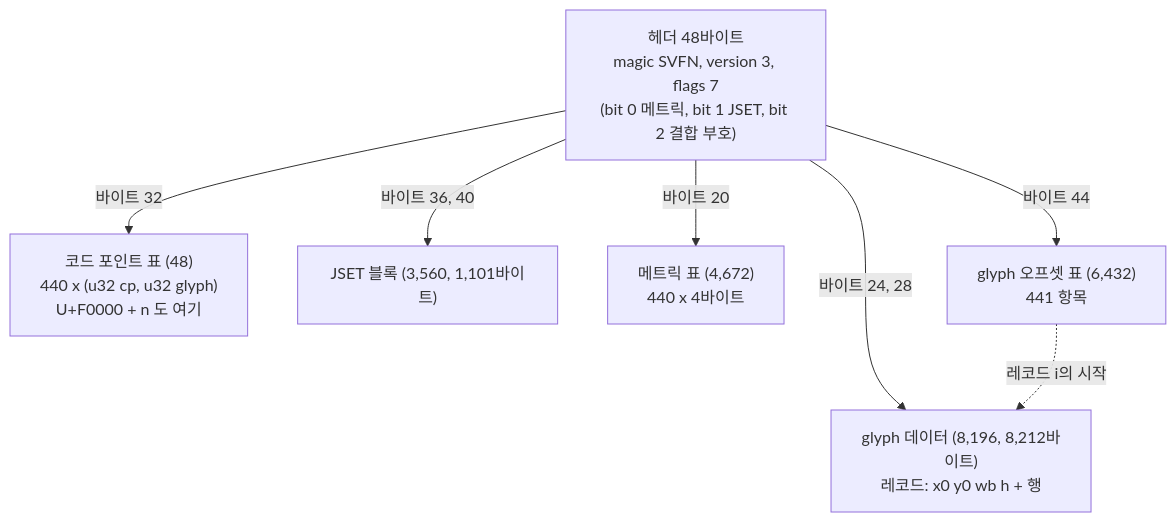
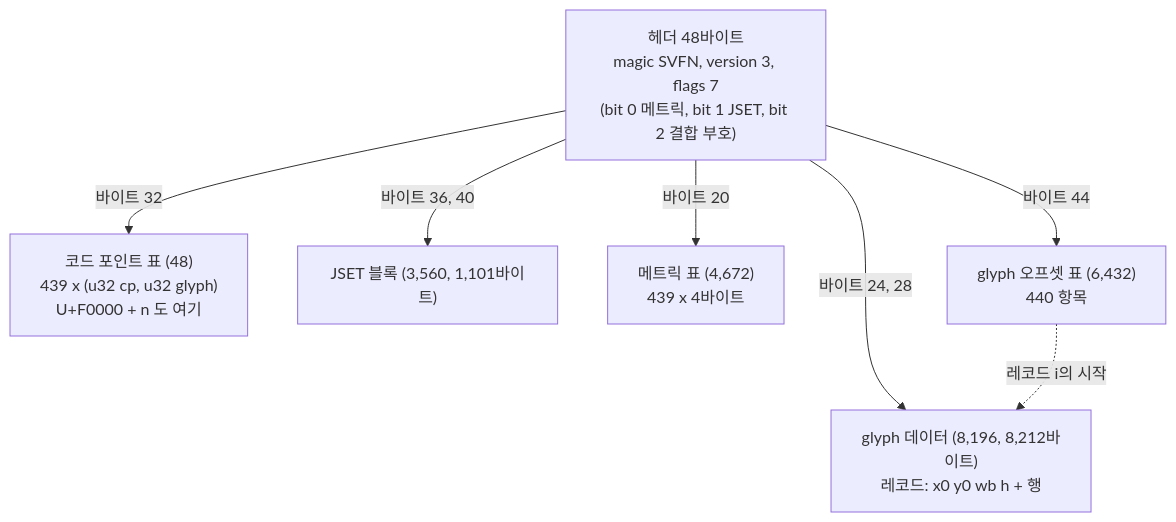
One commit to TaehyunKimLL/svf-fonts-open changed diagram 13 of 27 in docs/jamo-sets.ko.md. Above: the diagram before and after it, drawn with Mermaid. The commit also changed other lines of this file and 10 other files, not shown here.

Commit message:
docs/jamo-sets: 삼보/KSSM 상용 조합형 and KS C 5601-1987 (행정전산망) history with a timeline and sources; README front-page document index incl. recipes; tests and NOTICE updated for svf/iolo/SANS8J (117 faces, 67 jamo) (GPT-SOL, t_9de1eebd)

````diff
--- a/docs/jamo-sets.ko.md
+++ b/docs/jamo-sets.ko.md
@@ -531,10 +548,10 @@
 ```mermaid
 flowchart TD
   H["헤더 48바이트<br/>magic SVFN, version 3, flags 7<br/>(bit 0 메트릭, bit 1 JSET, bit 2 결합 부호)"]
-  H -->|"바이트 32"| C["코드 포인트 표 (48)<br/>440 x (u32 cp, u32 glyph)<br/>U+F0000 + n 도 여기"]
+  H -->|"바이트 32"| C["코드 포인트 표 (48)<br/>439 x (u32 cp, u32 glyph)<br/>U+F0000 + n 도 여기"]
   H -->|"바이트 36, 40"| J["JSET 블록 (3,560, 1,101바이트)"]
-  H -->|"바이트 20"| M["메트릭 표 (4,672)<br/>440 x 4바이트"]
-  H -->|"바이트 44"| O["glyph 오프셋 표 (6,432)<br/>441 항목"]
+  H -->|"바이트 20"| M["메트릭 표 (4,672)<br/>439 x 4바이트"]
+  H -->|"바이트 44"| O["glyph 오프셋 표 (6,432)<br/>440 항목"]
   H -->|"바이트 24, 28"| D["glyph 데이터 (8,196, 8,212바이트)<br/>레코드: x0 y0 wb h + 행"]
   O -.->|레코드 i의 시작| D
 ```
````
